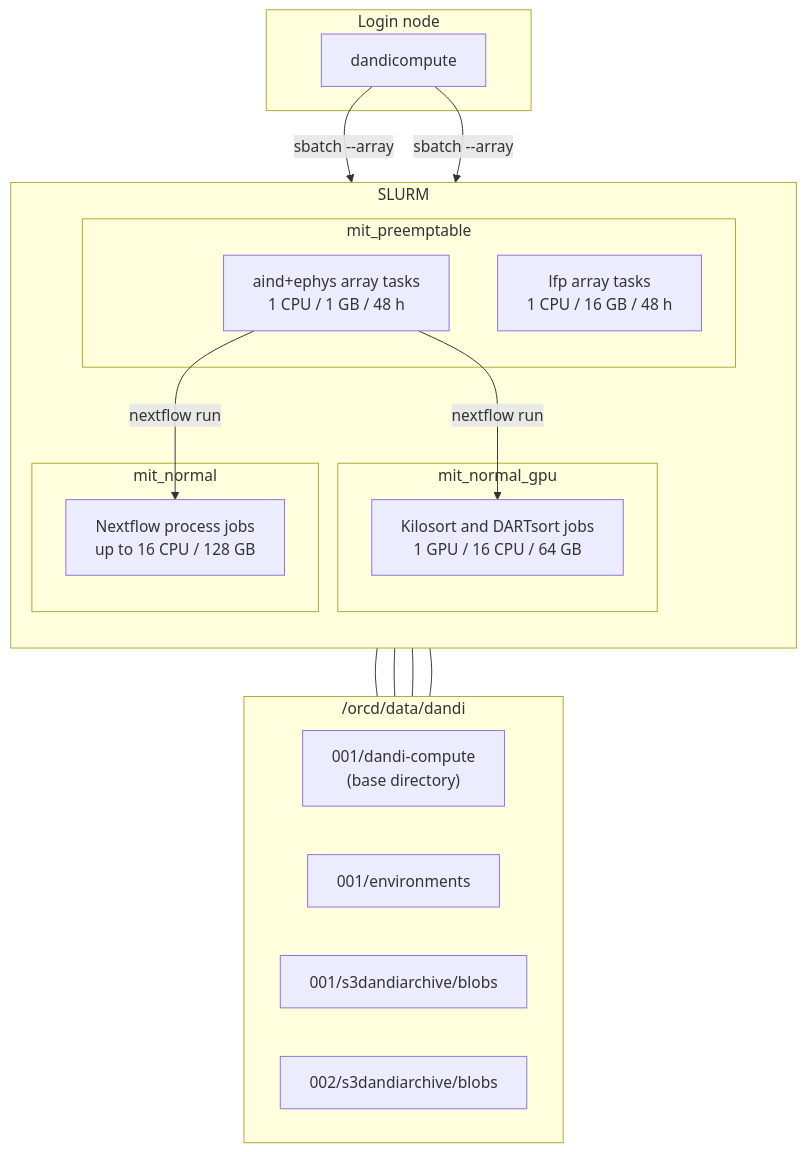
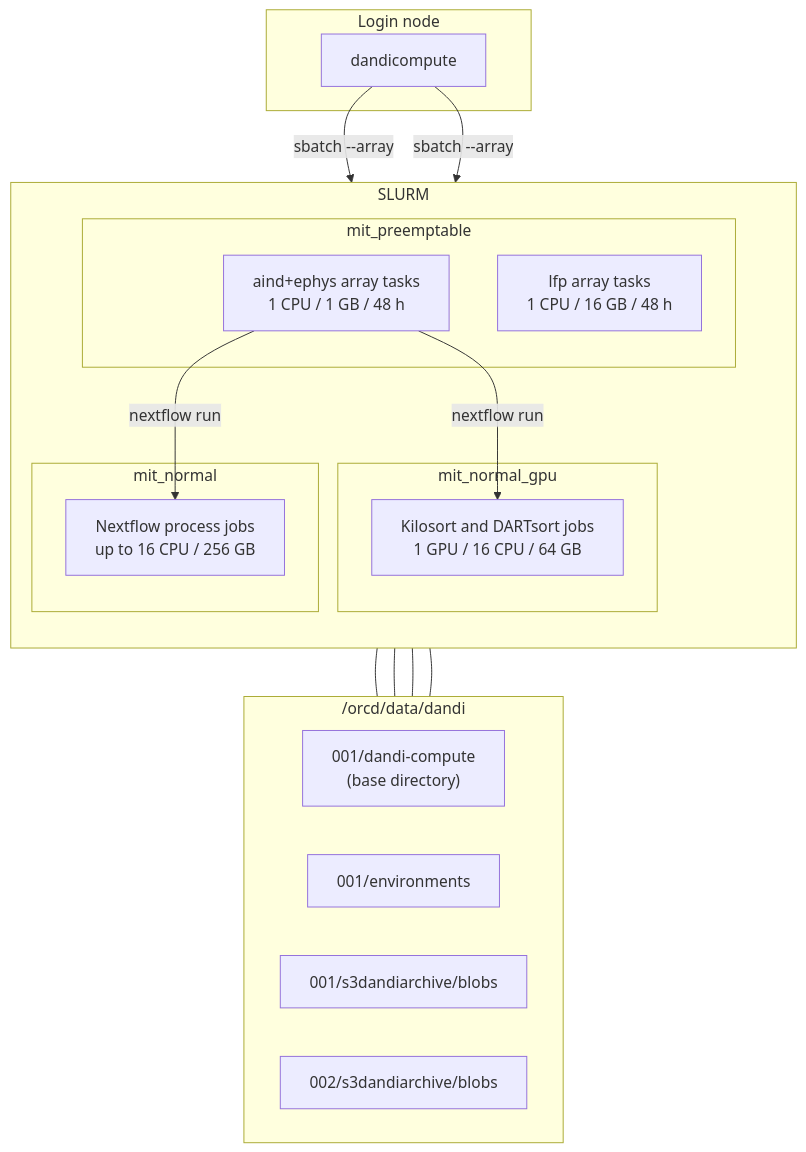
The diagram in docs/infrastructure.md (dandi-compute/dandi-compute-core), drawn with Mermaid before and after one commit. The commit also changed other lines of this file and 3 other files, not shown here.

````diff
--- a/docs/infrastructure.md
+++ b/docs/infrastructure.md
@@ -7,32 +7,32 @@
 ```mermaid
 flowchart TB
     subgraph login["Login node"]
         CLI["dandicompute"]
     end
 
     subgraph slurm["SLURM"]
         direction TB
         subgraph normal["mit_normal"]
-            NF["Nextflow process jobs<br/>up to 16 CPU / 128 GB"]
+            NF["Nextflow process jobs<br/>up to 16 CPU / 256 GB"]
         end
         subgraph gpu["mit_normal_gpu"]
             KS["Kilosort and DARTsort jobs<br/>1 GPU / 16 CPU / 64 GB"]
         end
         subgraph pre["mit_preemptable"]
             AARR["aind+ephys array tasks<br/>1 CPU / 1 GB / 48 h"]
             LARR["lfp array tasks<br/>1 CPU / 16 GB / 48 h"]
         end
     end
 
     subgraph storage["/orcd/data/dandi"]
         direction LR
         BASE["001/dandi-compute<br/>(base directory)"]
         ENVS["001/environments"]
         BLOB1["001/s3dandiarchive/blobs"]
         BLOB2["002/s3dandiarchive/blobs"]
     end
 
     CLI -- "sbatch --array" --> AARR & LARR
     AARR -- "nextflow run" --> NF & KS
     AARR & LARR & NF & KS --- storage
 ```
````
